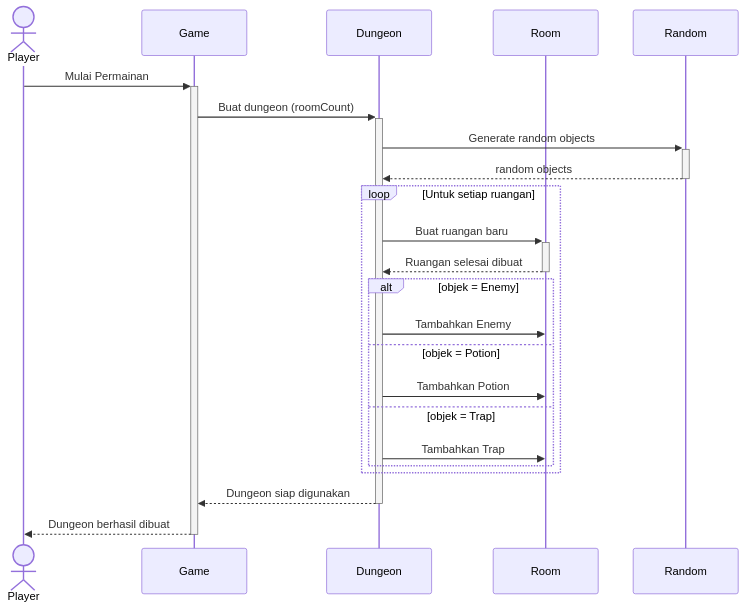
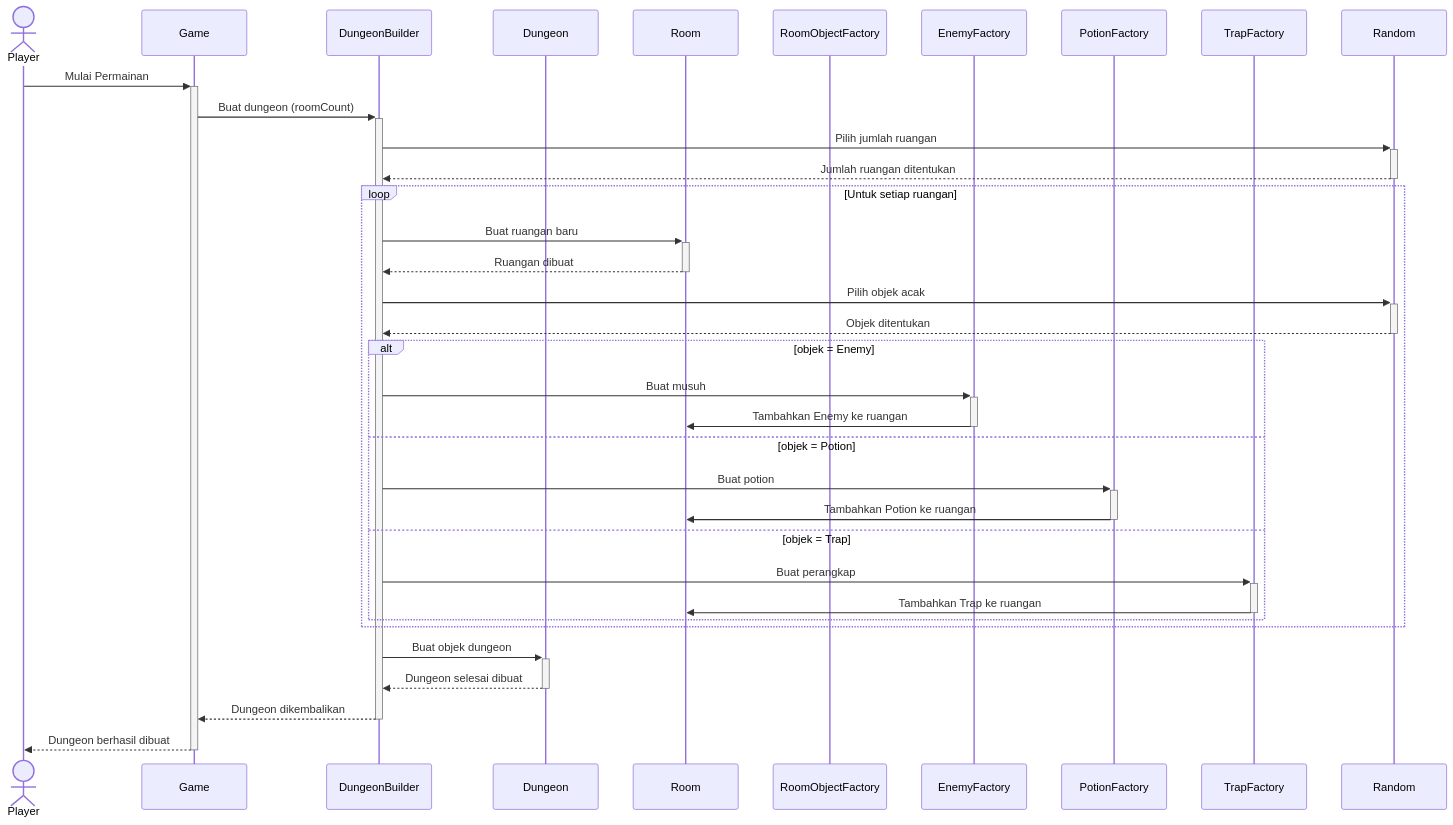
The third of 7 diagrams in README.md (ekastn/java-design-pattern), drawn with Mermaid before and after one commit. The commit also changed other lines of this file and 4 other files, not shown here.

````diff
--- a/README.md
+++ b/README.md
@@ -410,26 +402,41 @@
 ```mermaid
 sequenceDiagram
     actor Player
     participant Game
+    participant DungeonBuilder
     participant Dungeon
     participant Room
+    participant RoomObjectFactory
+    participant EnemyFactory
+    participant PotionFactory
+    participant TrapFactory
     participant Random
 
     Player->>+Game: Mulai Permainan
-    Game->>+Dungeon: Buat dungeon (roomCount)
-    Dungeon->>+Random: Generate random objects
-    Random-->>-Dungeon: random objects
+    Game->>+DungeonBuilder: Buat dungeon (roomCount)
+    DungeonBuilder->>+Random: Pilih jumlah ruangan
+    Random-->>-DungeonBuilder: Jumlah ruangan ditentukan
+
     loop Untuk setiap ruangan
-        Dungeon->>+Room: Buat ruangan baru
-        Room-->>-Dungeon: Ruangan selesai dibuat
+        DungeonBuilder->>+Room: Buat ruangan baru
+        Room-->>-DungeonBuilder: Ruangan dibuat
+        
+        DungeonBuilder->>+Random: Pilih objek acak
+        Random-->>-DungeonBuilder: Objek ditentukan
+        
         alt objek = Enemy
-            Dungeon->>Room: Tambahkan Enemy
+            DungeonBuilder->>+EnemyFactory: Buat musuh
+            EnemyFactory->>-Room: Tambahkan Enemy ke ruangan
         else objek = Potion
-            Dungeon->>Room: Tambahkan Potion
+            DungeonBuilder->>+PotionFactory: Buat potion
+            PotionFactory->>-Room: Tambahkan Potion ke ruangan
         else objek = Trap
-            Dungeon->>Room: Tambahkan Trap
+            DungeonBuilder->>+TrapFactory: Buat perangkap
+            TrapFactory->>-Room: Tambahkan Trap ke ruangan
         end
     end
-    Dungeon-->>-Game: Dungeon siap digunakan
+    DungeonBuilder->>+Dungeon: Buat objek dungeon
+    Dungeon-->>-DungeonBuilder: Dungeon selesai dibuat
+    DungeonBuilder-->>-Game: Dungeon dikembalikan
     Game-->>-Player: Dungeon berhasil dibuat
 ```
````
